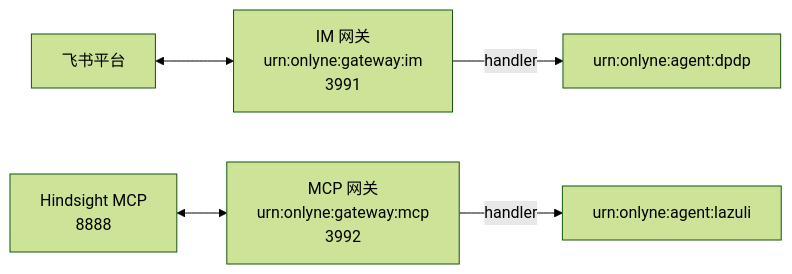
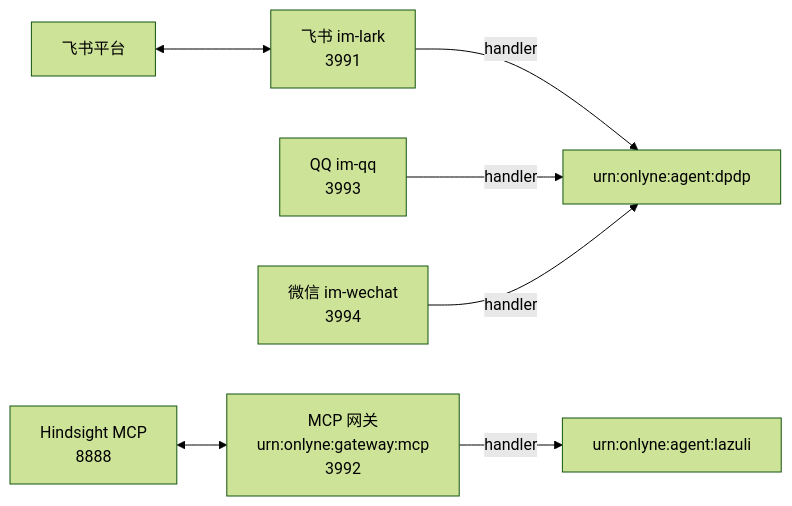
One commit to dbydd/onlyne changed the diagram in examples/cluster/README.md. Above: the diagram before and after it, drawn with Mermaid (forest theme). The commit also changed other lines of this file and 21 other files, not shown here.

````diff
--- a/examples/cluster/README.md
+++ b/examples/cluster/README.md
@@ -5,7 +5,9 @@
 ```mermaid
 flowchart LR
-    im[IM 网关<br/>urn:onlyne:gateway:im<br/>3991] -->|handler| dpdp[urn:onlyne:agent:dpdp]
+    im[飞书 im-lark<br/>3991] -->|handler| dpdp[urn:onlyne:agent:dpdp]
+    qq[QQ im-qq<br/>3993] -->|handler| dpdp
+    wechat[微信 im-wechat<br/>3994] -->|handler| dpdp
     mcp[MCP 网关<br/>urn:onlyne:gateway:mcp<br/>3992] -->|handler| lazuli[urn:onlyne:agent:lazuli]
     lark[飞书平台] <--> im
     hindsight[Hindsight MCP<br/>8888] <--> mcp
 ```
````
